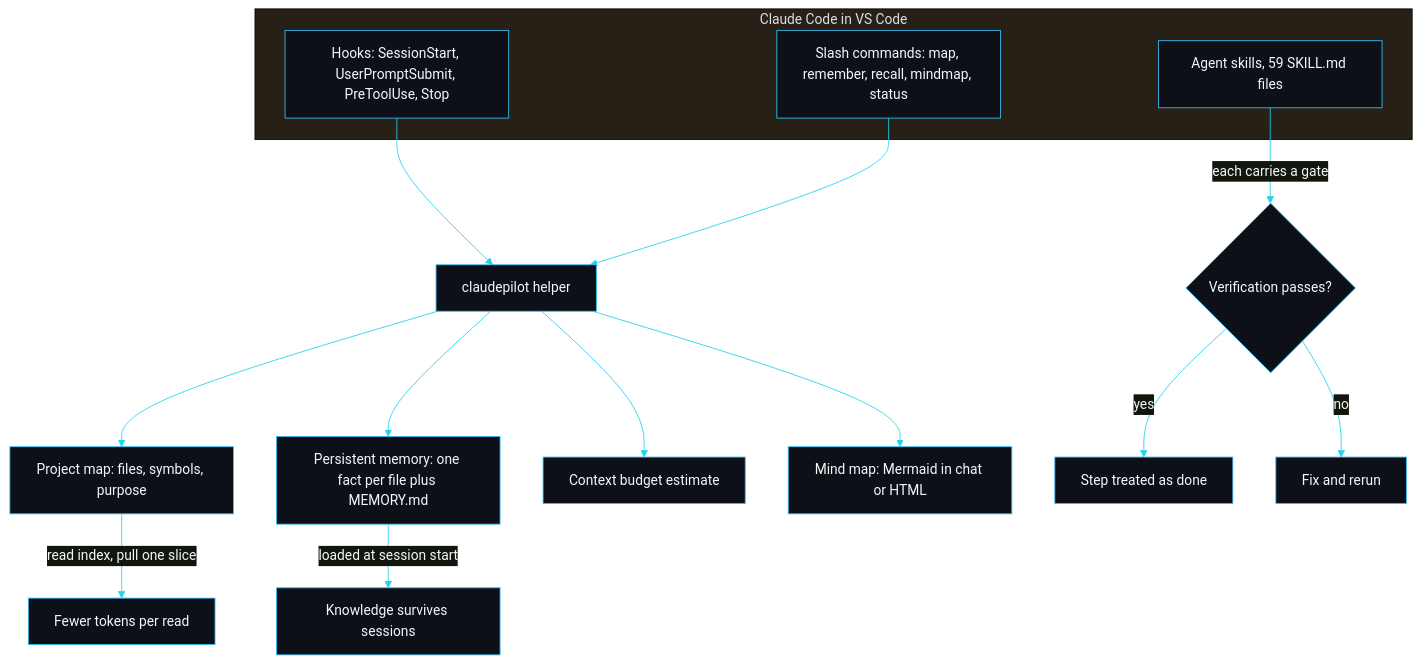
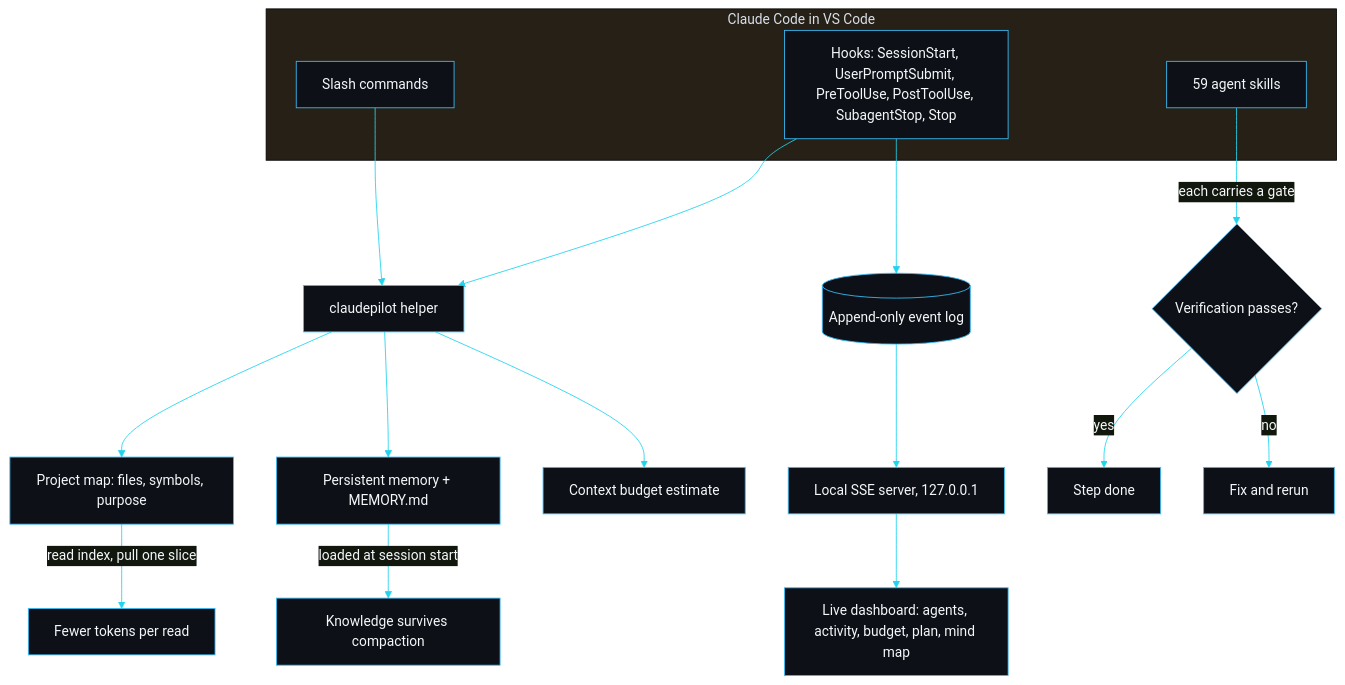
The diagram in README.md (sarmakska/slipstream), drawn with Mermaid before and after one commit. The commit also changed other lines of this file and 1 other file, not shown here.

Commit message:
docs: rewrite the README around the live dashboard with design decisions, limitations and a token-budget example

````diff
--- a/README.md
+++ b/README.md
@@ -44,23 +82,25 @@
 ```mermaid
 %%{init: {'theme':'base','themeVariables':{'primaryColor':'#0d1117','primaryTextColor':'#f5f7fa','primaryBorderColor':'#38bdf8','lineColor':'#22d3ee','fontFamily':'monospace'}}}%%
 flowchart TD
   subgraph CC[Claude Code in VS Code]
-    Hooks[Hooks: SessionStart, UserPromptSubmit, PreToolUse, Stop]
-    Cmds[Slash commands: map, remember, recall, mindmap, status]
-    Skills[Agent skills, 59 SKILL.md files]
+    Hooks[Hooks: SessionStart, UserPromptSubmit, PreToolUse, PostToolUse, SubagentStop, Stop]
+    Cmds[Slash commands]
+    Skills[59 agent skills]
   end
 
   Hooks --> Helper[claudepilot helper]
   Cmds --> Helper
 
   Helper --> Map[Project map: files, symbols, purpose]
-  Helper --> Mem[Persistent memory: one fact per file plus MEMORY.md]
+  Helper --> Mem[Persistent memory + MEMORY.md]
   Helper --> Budget[Context budget estimate]
-  Helper --> Mind[Mind map: Mermaid in chat or HTML]
+  Hooks --> Log[(Append-only event log)]
+  Log --> Server[Local SSE server, 127.0.0.1]
+  Server --> UI[Live dashboard: agents, activity, budget, plan, mind map]
 
   Map -->|read index, pull one slice| Tokens[Fewer tokens per read]
-  Mem -->|loaded at session start| Survive[Knowledge survives sessions]
+  Mem -->|loaded at session start| Survive[Knowledge survives compaction]
   Skills -->|each carries a gate| Gate{Verification passes?}
-  Gate -->|yes| Done[Step treated as done]
+  Gate -->|yes| Done[Step done]
   Gate -->|no| Fix[Fix and rerun]
 ```
````
